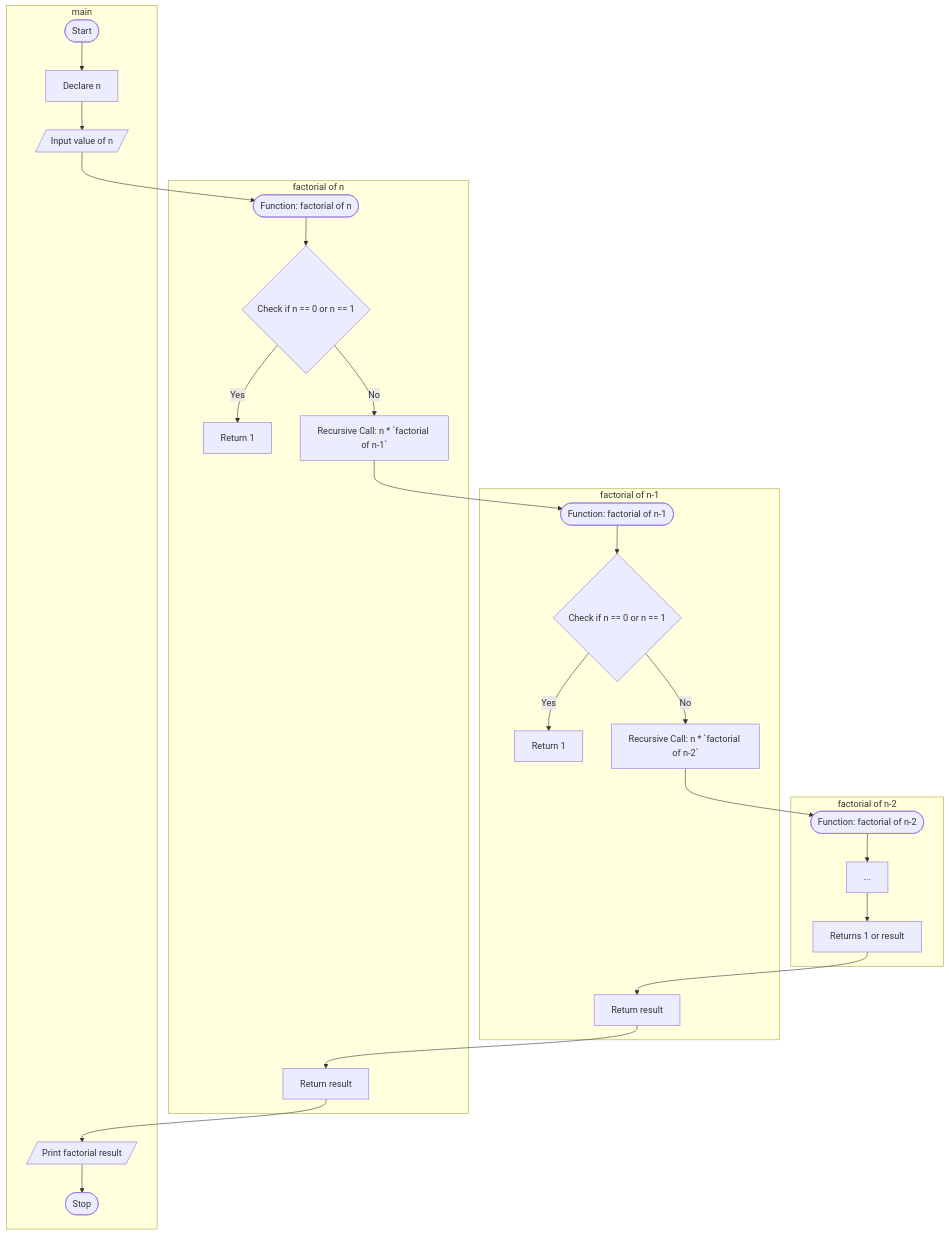
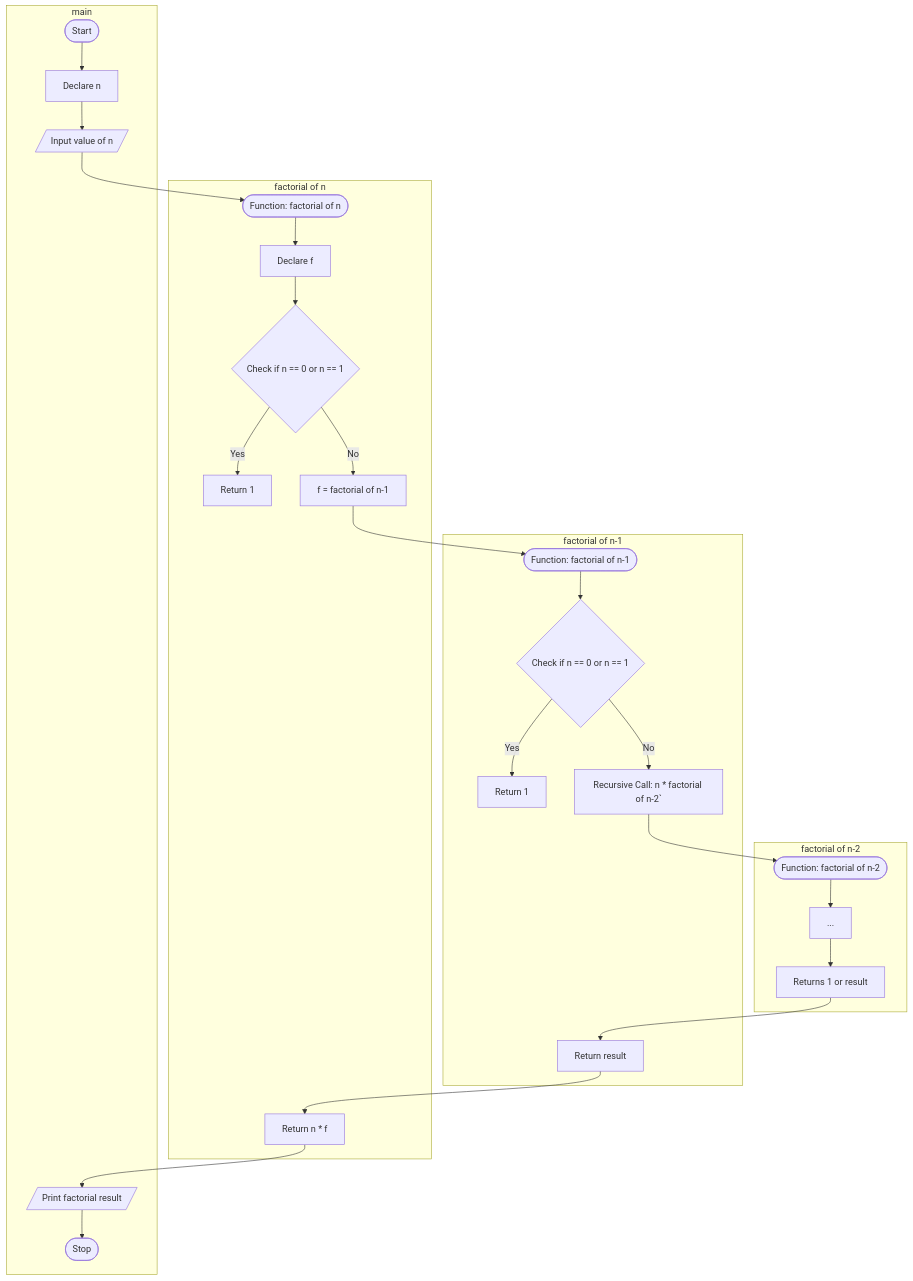
Before and after one commit to Vinit-source/Programming-for-problem-solving: the second of 2 diagrams in PR/P8 - Recursion.md, drawn with Mermaid. The commit also changed other lines of this file, not shown here.

Commit message:
PR/P8 - Recursion.md updated from https://stackedit.io/

````diff
--- a/PR/P8 - Recursion.md
+++ b/PR/P8 - Recursion.md
@@ -47,31 +47,32 @@
 ```mermaid
 flowchart TD;
 subgraph ide3["factorial of n-2"]
 	funcStart3([Function: factorial of n-2])
 	funcStart3 --> B3[...];
 	B3 --> E3[Returns 1 or result];
 end
 subgraph ide2["factorial of n-1"]
 	    funcStart2([Function: factorial of n-1])
         funcStart2 --> B2{Check if n == 0 or n == 1};
         B2 -- Yes --> C2[Return 1];
-        B2 -- No --> D2["Recursive Call: n * `factorial of n-2`"];
+        B2 -- No --> D2["Recursive Call: n * factorial of n-2`"];
         D2 --> funcStart3;
         E3 --> E2[Return result];
  end
  subgraph ide1["factorial of n"]
 	    funcStart([Function: factorial of n])
-        funcStart --> B1{Check if n == 0 or n == 1};
+        funcStart --> A1[Declare f];
+        A1 --> B1{Check if n == 0 or n == 1};
         B1 -- Yes --> C1[Return 1];
-        B1 -- No --> D1["Recursive Call: n * `factorial of n-1`"];
+        B1 -- No --> D1["f = factorial of n-1"];
         D1 --> funcStart2
-        E2 --> E1[Return result];
+        E2 --> E1[Return n * f];
     end
 subgraph main
 	Start([Start]) --> B[Declare n];
     B --> C[/Input value of n/];
     C --> funcStart
     E1 -->  E[/Print factorial result/];
     E --> F([Stop]);
    end
 ```
````
